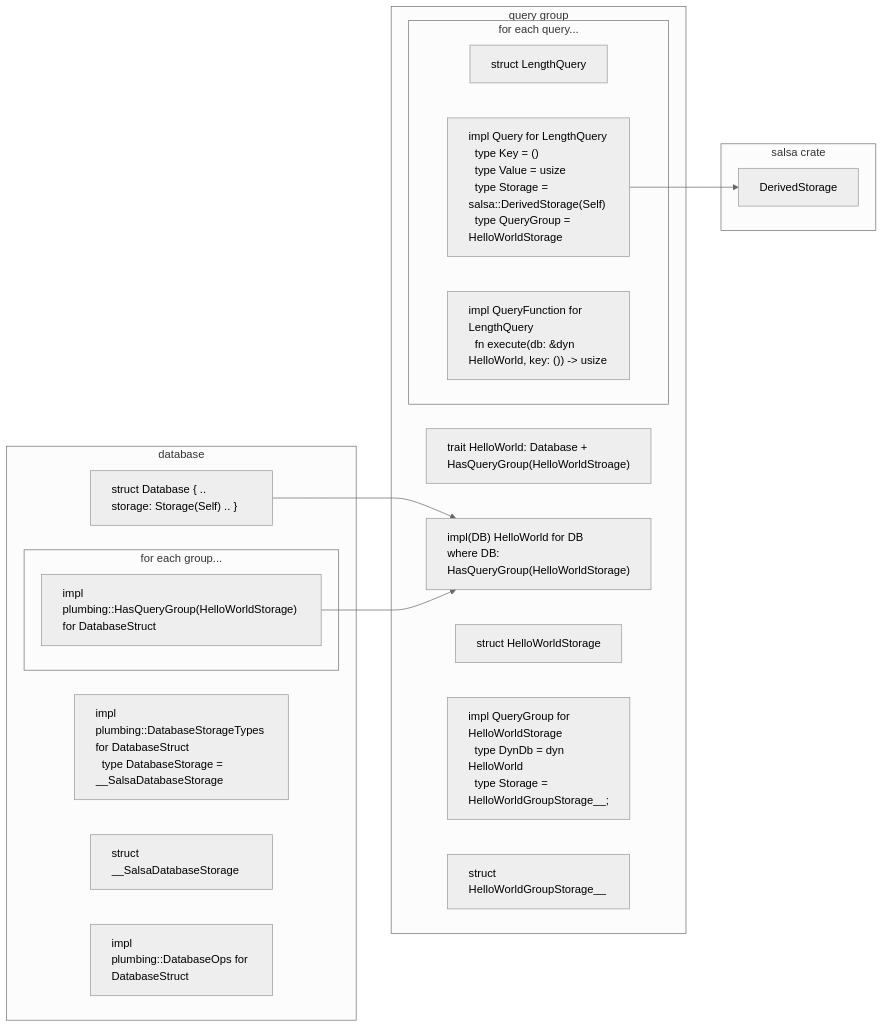
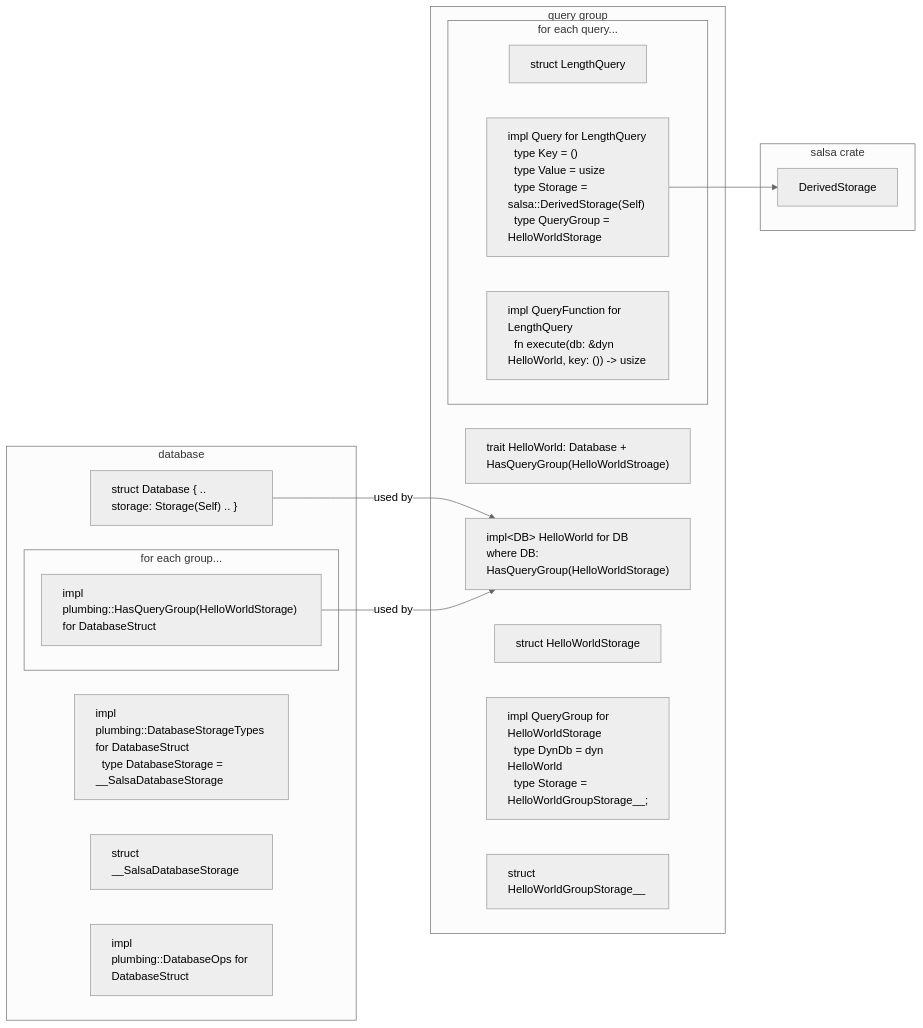
One commit to salsa-rs/salsa changed the diagram in book/src/plumbing/diagram.md. Above: the diagram before and after it, drawn with Mermaid (neutral theme). The commit also changed other lines of this file and 4 other files, not shown here.

Commit message:
docs: improve diagram, split gen. code and runtime

````diff
--- a/book/src/plumbing/diagram.md
+++ b/book/src/plumbing/diagram.md
@@ -13,46 +5,46 @@
 ```mermaid
 graph LR
     classDef diagramNode text-align:left;
     subgraph query group
         HelloWorldTrait["trait HelloWorld: Database + HasQueryGroup(HelloWorldStroage)"]
-        HelloWorldImpl["impl(DB) HelloWorld for DB<br>where DB: HasQueryGroup(HelloWorldStorage)"]
+        HelloWorldImpl["impl&lt;DB&gt; HelloWorld for DB<br>where DB: HasQueryGroup(HelloWorldStorage)"]
         click HelloWorldImpl "http:query_groups.html#impl-of-the-hello-world-trait" "more info"
         HelloWorldStorage["struct HelloWorldStorage"]
         click HelloWorldStorage "http:query_groups.html#the-group-struct-and-querygroup-trait" "more info"
         QueryGroupImpl["impl QueryGroup for HelloWorldStorage<br>&nbsp;&nbsp;type DynDb = dyn HelloWorld<br>&nbsp;&nbsp;type Storage = HelloWorldGroupStorage__;"]
         click QueryGroupImpl "http:query_groups.html#the-group-struct-and-querygroup-trait" "more info"
         HelloWorldGroupStorage["struct HelloWorldGroupStorage__"]
         click HelloWorldGroupStorage "http:query_groups.html#group-storage" "more info"
         subgraph for each query...
             LengthQuery[struct LengthQuery]
             LengthQueryImpl["impl Query for LengthQuery<br>&nbsp;&nbsp;type Key = ()<br>&nbsp;&nbsp;type Value = usize<br>&nbsp;&nbsp;type Storage = salsa::DerivedStorage(Self)<br>&nbsp;&nbsp;type QueryGroup = HelloWorldStorage"]
             LengthQueryFunctionImpl["impl QueryFunction for LengthQuery<br>&nbsp;&nbsp;fn execute(db: &dyn HelloWorld, key: ()) -> usize"]
             click LengthQuery "http:query_groups.html#for-each-query-a-query-struct" "more info"
             click LengthQueryImpl "http:query_groups.html#for-each-query-a-query-struct" "more info"
             click LengthQueryFunctionImpl "http:query_groups.html#for-each-query-a-query-struct" "more info"
         end
         class HelloWorldTrait,HelloWorldImpl,HelloWorldStorage,QueryGroupImpl,HelloWorldGroupStorage diagramNode;
         class LengthQuery,LengthQueryImpl,LengthQueryFunctionImpl diagramNode;
     end
     subgraph database
         DatabaseStruct["struct Database { .. storage: Storage(Self) .. }"]
         subgraph for each group...
             HasQueryGroup["impl plumbing::HasQueryGroup(HelloWorldStorage) for DatabaseStruct"]
             click HasQueryGroup "http:database.html#the-hasquerygroup-impl" "more info"
         end
         DatabaseStorageTypes["impl plumbing::DatabaseStorageTypes for DatabaseStruct<br>&nbsp;&nbsp;type DatabaseStorage = __SalsaDatabaseStorage"]
         click DatabaseStorageTypes "http:database.html#the-databasestoragetypes-impl" "more info"
         DatabaseStorage["struct __SalsaDatabaseStorage"]
         click DatabaseStorage "http:database.html#the-database-storage-struct" "more info"
         DatabaseOps["impl plumbing::DatabaseOps for DatabaseStruct"]
         click DatabaseOps "http:database.html#the-databaseops-impl" "more info"
         class DatabaseStruct,DatabaseStorage,DatabaseStorageTypes,DatabaseOps,HasQueryGroup diagramNode;
     end
     subgraph salsa crate
         DerivedStorage["DerivedStorage"]
         class DerivedStorage diagramNode;
     end
     LengthQueryImpl --> DerivedStorage;
-    DatabaseStruct --> HelloWorldImpl
-    HasQueryGroup --> HelloWorldImpl
+    DatabaseStruct -- "used by" --> HelloWorldImpl
+    HasQueryGroup -- "used by" --> HelloWorldImpl
 ```
````
